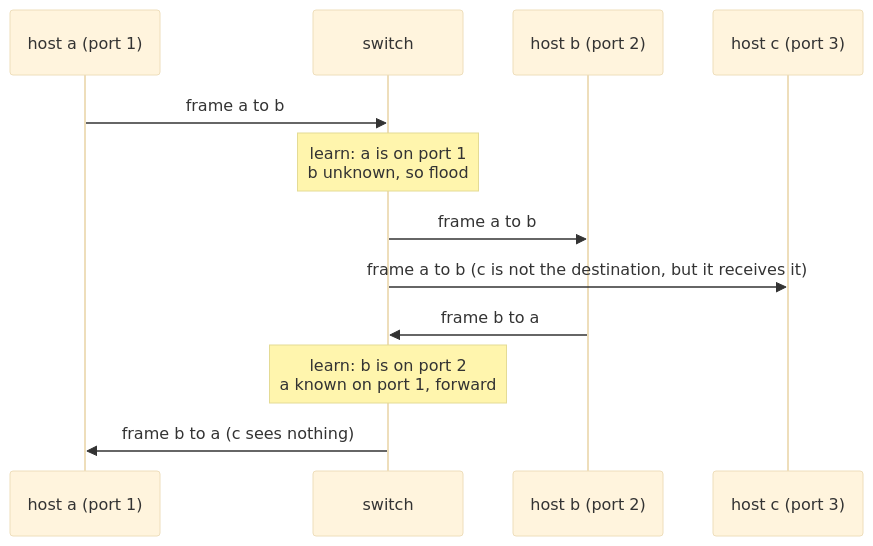
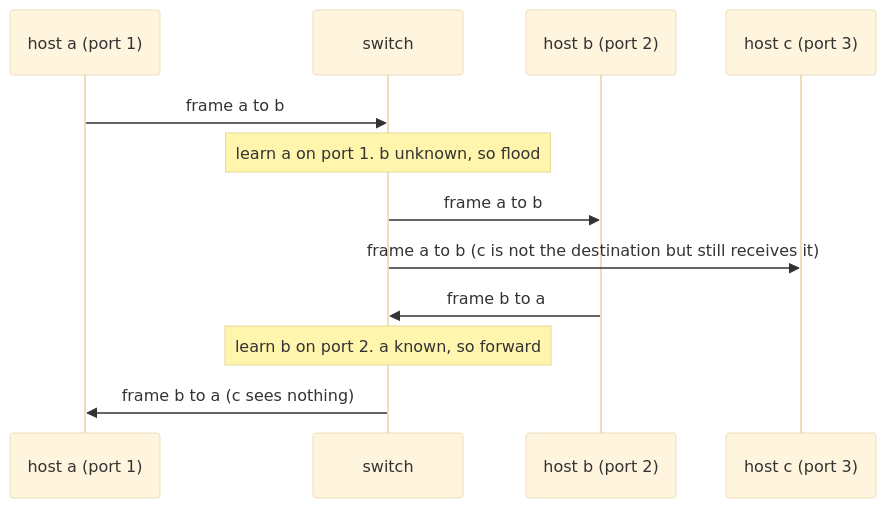
One commit to Princeahrwar/Study changed the first of 3 diagrams in 07_networking/01_network_models_and_layer2.md. Above: the diagram before and after it, drawn with Mermaid (base theme). The commit also changed other lines of this file, not shown here.

````diff
--- a/07_networking/01_network_models_and_layer2.md
+++ b/07_networking/01_network_models_and_layer2.md
@@ -445,14 +160,14 @@
 ```mermaid
 sequenceDiagram
   participant A as host a (port 1)
   participant S as switch
   participant B as host b (port 2)
   participant C as host c (port 3)
   A->>S: frame a to b
-  Note over S: learn: a is on port 1<br/>b unknown, so flood
+  Note over S: learn a on port 1. b unknown, so flood
   S->>B: frame a to b
-  S->>C: frame a to b (c is not the destination, but it receives it)
+  S->>C: frame a to b (c is not the destination but still receives it)
   B->>S: frame b to a
-  Note over S: learn: b is on port 2<br/>a known on port 1, forward
+  Note over S: learn b on port 2. a known, so forward
   S->>A: frame b to a (c sees nothing)
 ```
````
